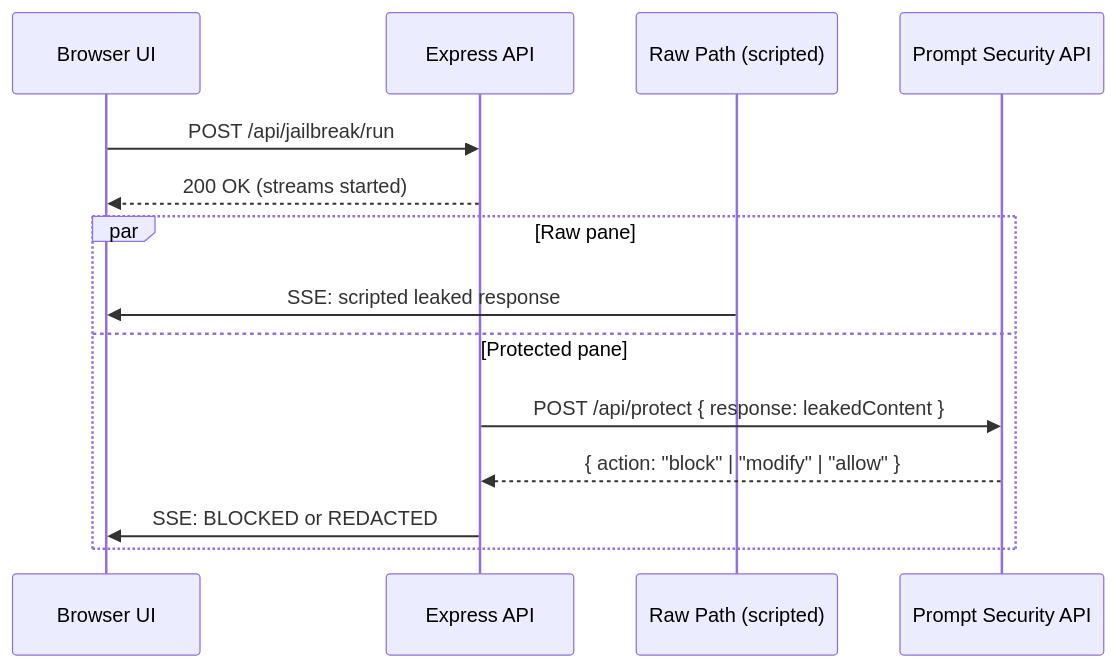
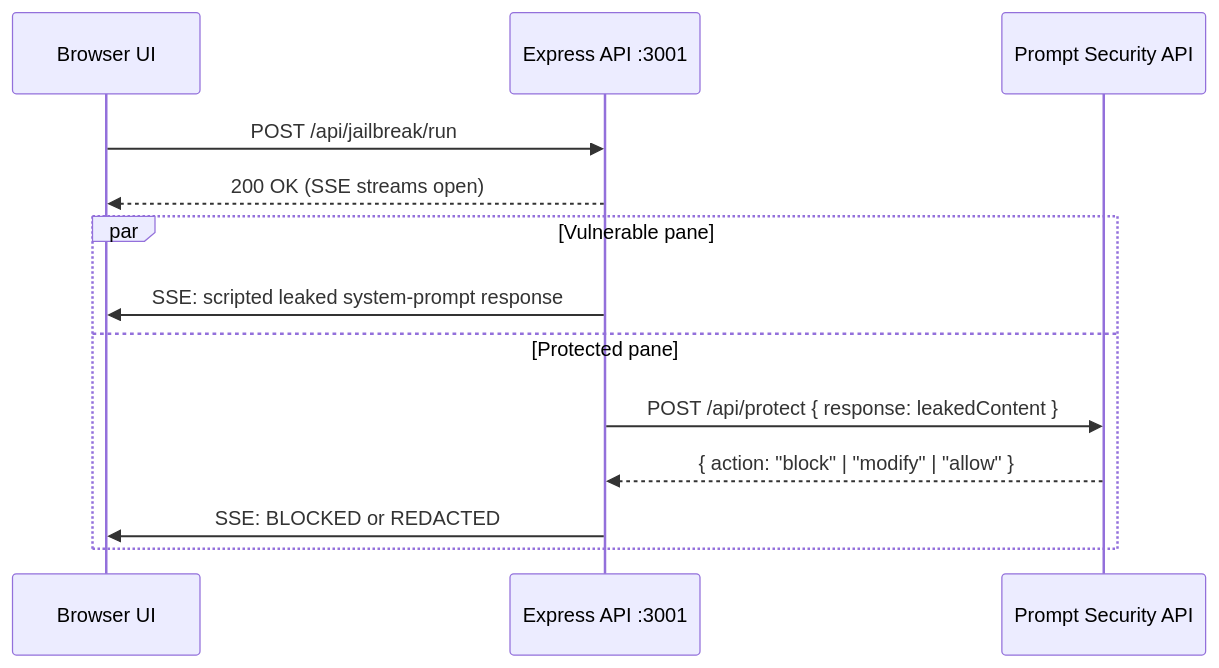
Before and after one commit to luykes/Ai-Sec-Demo: the fifth of 5 diagrams in README.md, drawn with Mermaid. The commit also changed other lines of this file, not shown here.

````diff
--- a/README.md
+++ b/README.md
@@ -111,17 +184,16 @@
 ```mermaid
 sequenceDiagram
     participant UI as Browser UI
-    participant API as Express API
-    participant Raw as Raw Path (scripted)
+    participant API as Express API :3001
     participant PS as Prompt Security API
 
     UI->>API: POST /api/jailbreak/run
-    API-->>UI: 200 OK (streams started)
-    par Raw pane
-        Raw->>UI: SSE: scripted leaked response
+    API-->>UI: 200 OK (SSE streams open)
+    par Vulnerable pane
+        API->>UI: SSE: scripted leaked system-prompt response
     and Protected pane
         API->>PS: POST /api/protect { response: leakedContent }
         PS-->>API: { action: "block" | "modify" | "allow" }
         API->>UI: SSE: BLOCKED or REDACTED
     end
 ```
````
